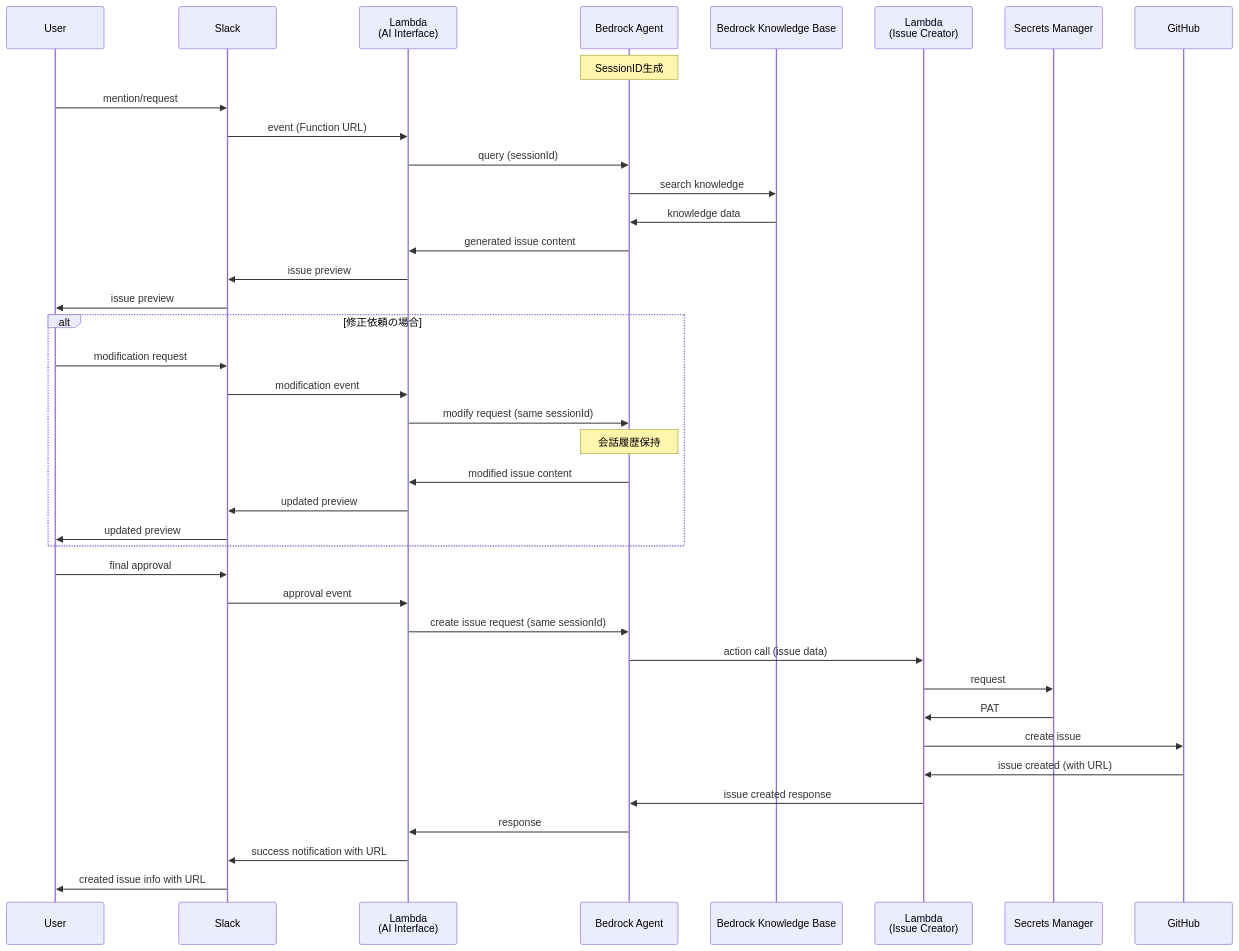
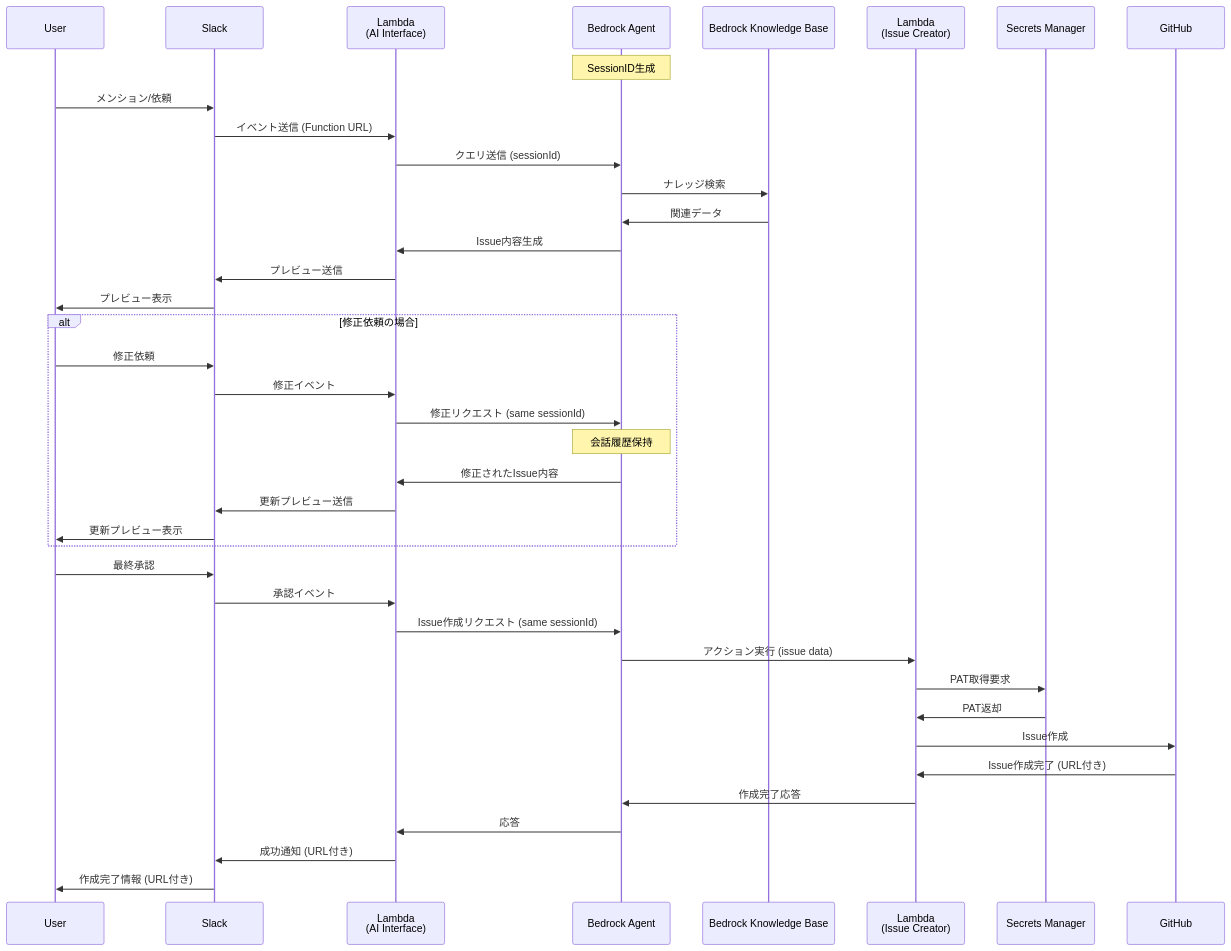
One commit to nangashi/ai-test changed the second of 3 diagrams in DESIGN.md. Above: the diagram before and after it, drawn with Mermaid. The commit also changed other lines of this file and 1 other file, not shown here.

````diff
--- a/DESIGN.md
+++ b/DESIGN.md
@@ -55,45 +88,45 @@
 ```mermaid
 sequenceDiagram
     participant U as User
     participant S as Slack
     participant L1 as Lambda<br/>(AI Interface)
     participant BA as Bedrock Agent
     participant KB as Bedrock Knowledge Base
     participant L2 as Lambda<br/>(Issue Creator)
     participant SM as Secrets Manager
     participant GH as GitHub
 
     Note over BA: SessionID生成
-    
-    U->>S: mention/request
-    S->>L1: event (Function URL)
-    L1->>BA: query (sessionId)
-    BA->>KB: search knowledge
-    KB->>BA: knowledge data
-    BA->>L1: generated issue content
-    L1->>S: issue preview
-    S->>U: issue preview
-    
+
+    U->>S: メンション/依頼
+    S->>L1: イベント送信 (Function URL)
+    L1->>BA: クエリ送信 (sessionId)
+    BA->>KB: ナレッジ検索
+    KB->>BA: 関連データ
+    BA->>L1: Issue内容生成
+    L1->>S: プレビュー送信
+    S->>U: プレビュー表示
+
     alt 修正依頼の場合
-        U->>S: modification request
-        S->>L1: modification event
-        L1->>BA: modify request (same sessionId)
+        U->>S: 修正依頼
+        S->>L1: 修正イベント
+        L1->>BA: 修正リクエスト (same sessionId)
         Note over BA: 会話履歴保持
-        BA->>L1: modified issue content
-        L1->>S: updated preview
-        S->>U: updated preview
+        BA->>L1: 修正されたIssue内容
+        L1->>S: 更新プレビュー送信
+        S->>U: 更新プレビュー表示
     end
-    
-    U->>S: final approval
-    S->>L1: approval event
-    L1->>BA: create issue request (same sessionId)
-    BA->>L2: action call (issue data)
-    L2->>SM: request
-    SM->>L2: PAT
-    L2->>GH: create issue
-    GH->>L2: issue created (with URL)
-    L2->>BA: issue created response
-    BA->>L1: response
-    L1->>S: success notification with URL
-    S->>U: created issue info with URL
+
+    U->>S: 最終承認
+    S->>L1: 承認イベント
+    L1->>BA: Issue作成リクエスト (same sessionId)
+    BA->>L2: アクション実行 (issue data)
+    L2->>SM: PAT取得要求
+    SM->>L2: PAT返却
+    L2->>GH: Issue作成
+    GH->>L2: Issue作成完了 (URL付き)
+    L2->>BA: 作成完了応答
+    BA->>L1: 応答
+    L1->>S: 成功通知 (URL付き)
+    S->>U: 作成完了情報 (URL付き)
 ```
````
